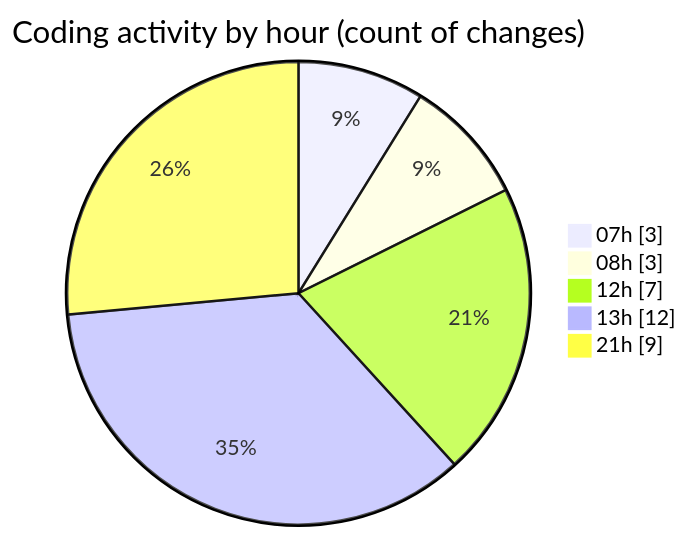
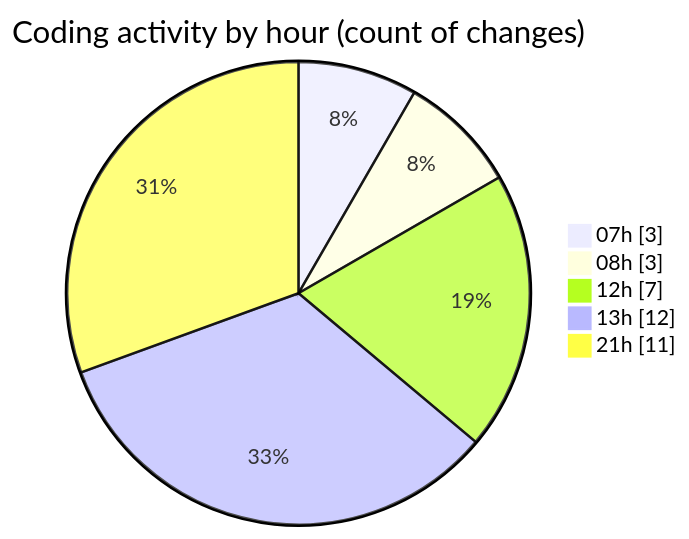
Before and after one commit to charlie-sans/code-tracking: the second of 2 diagrams in 2025-04-28/c-masm/README.md, drawn with Mermaid. The commit also changed other lines of this file and 1 other file, not shown here.

````diff
--- a/2025-04-28/c-masm/README.md
+++ b/2025-04-28/c-masm/README.md
@@ -42,9 +42,9 @@
 ```mermaid
 pie showData
 title Coding activity by hour (count of changes)
 "07h" : 3
 "08h" : 3
 "12h" : 7
 "13h" : 12
-"21h" : 9
+"21h" : 11
 ```
````
